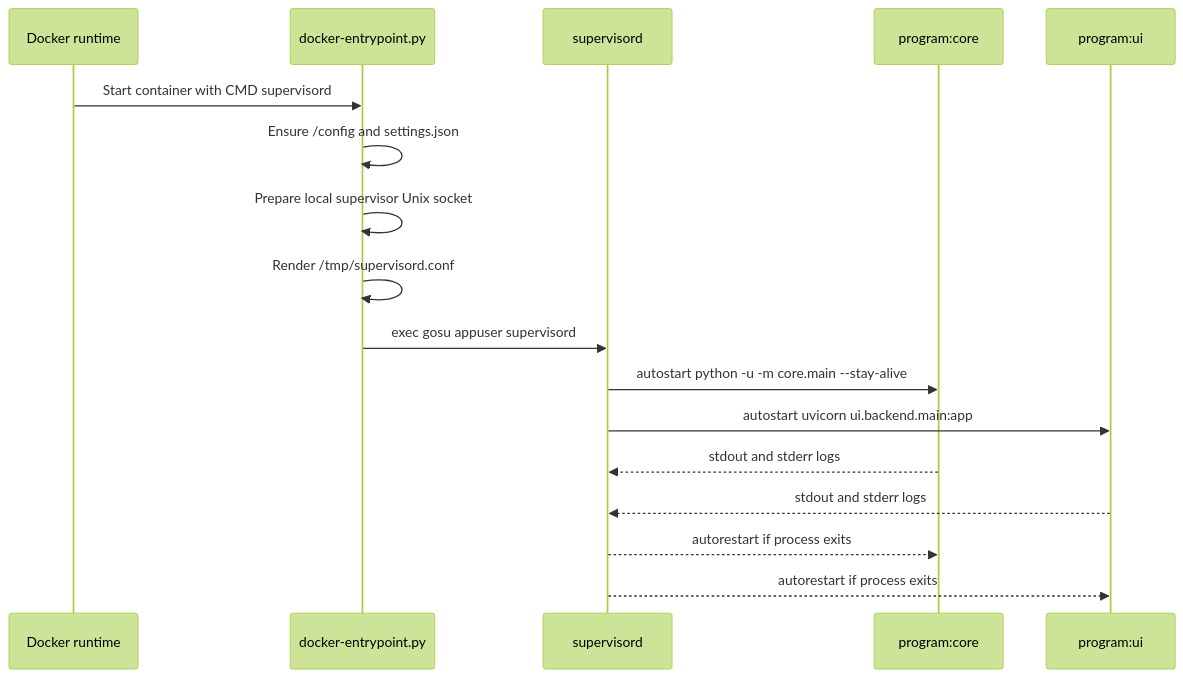
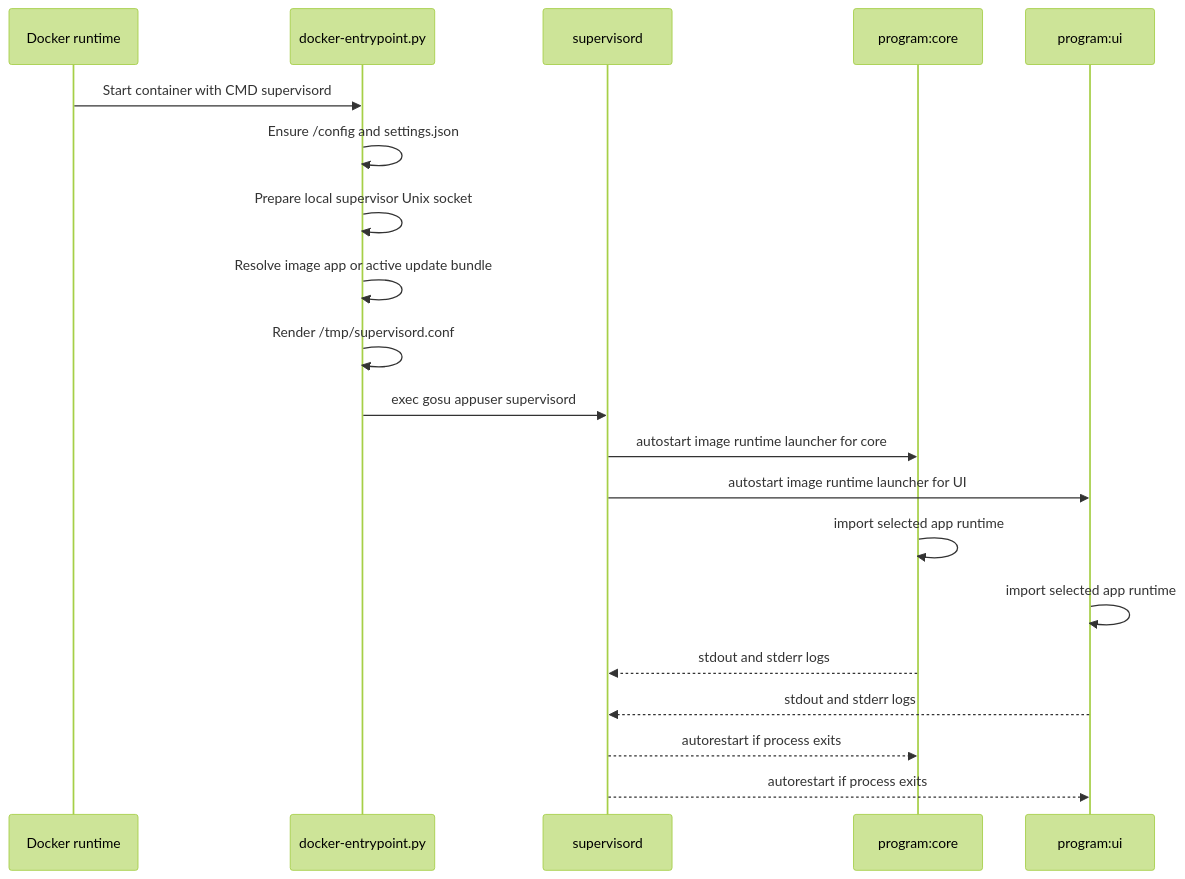
The diagram in docs/explanation/two-process-model.md (CoderLuii/ChannelWatch), drawn with Mermaid (forest theme) before and after one commit. The commit also changed other lines of this file and 38 other files, not shown here.

````diff
--- a/docs/explanation/two-process-model.md
+++ b/docs/explanation/two-process-model.md
@@ -38,20 +38,23 @@
 ```mermaid
 sequenceDiagram
     participant Docker as Docker runtime
     participant Entrypoint as docker-entrypoint.py
     participant Supervisor as supervisord
     participant Core as program:core
     participant UI as program:ui
 
     Docker->>Entrypoint: Start container with CMD supervisord
     Entrypoint->>Entrypoint: Ensure /config and settings.json
     Entrypoint->>Entrypoint: Prepare local supervisor Unix socket
+    Entrypoint->>Entrypoint: Resolve image app or active update bundle
     Entrypoint->>Entrypoint: Render /tmp/supervisord.conf
     Entrypoint->>Supervisor: exec gosu appuser supervisord
-    Supervisor->>Core: autostart python -u -m core.main --stay-alive
-    Supervisor->>UI: autostart uvicorn ui.backend.main:app
+    Supervisor->>Core: autostart image runtime launcher for core
+    Supervisor->>UI: autostart image runtime launcher for UI
+    Core->>Core: import selected app runtime
+    UI->>UI: import selected app runtime
     Core-->>Supervisor: stdout and stderr logs
     UI-->>Supervisor: stdout and stderr logs
     Supervisor-->>Core: autorestart if process exits
     Supervisor-->>UI: autorestart if process exits
 ```
````
